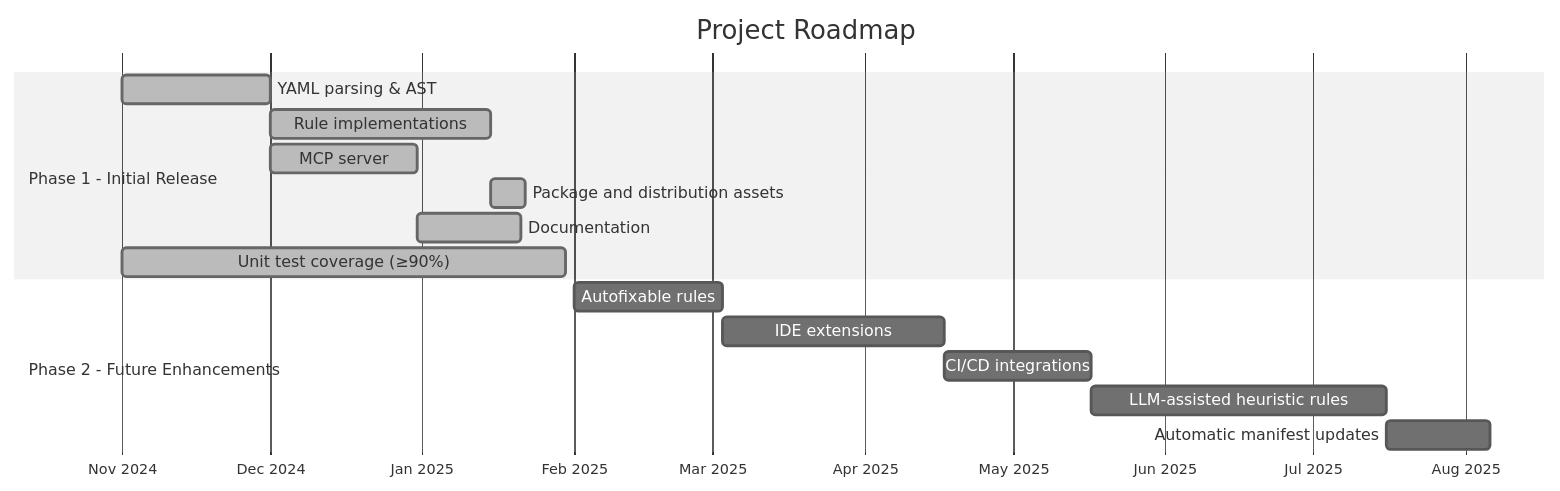
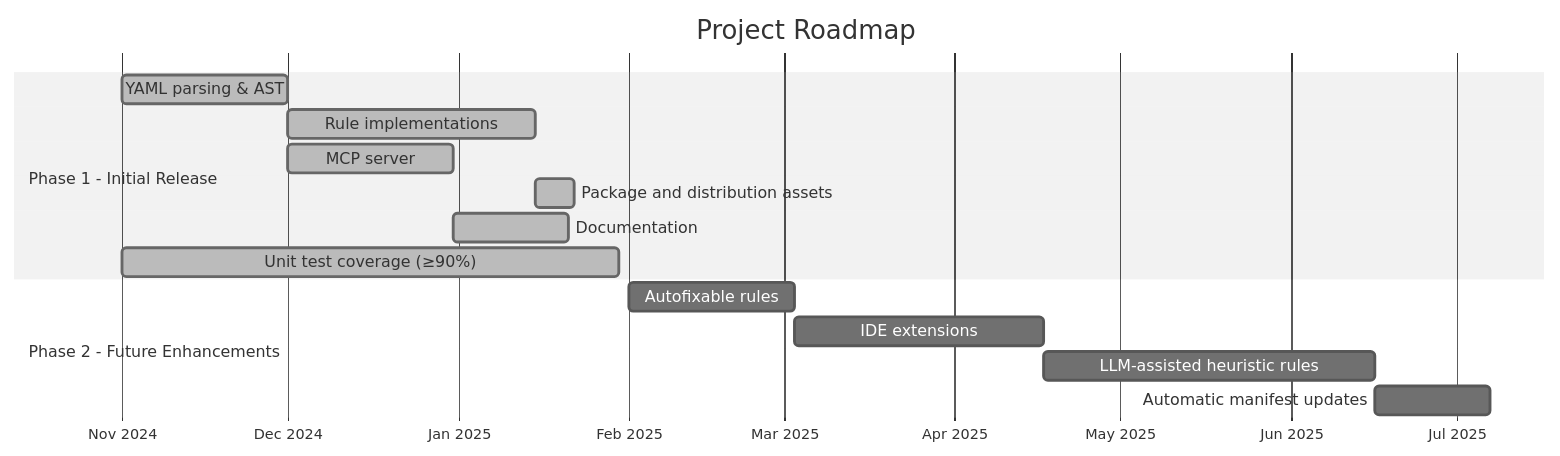
Before and after one commit to ruijarimba/azure-pipelines-guidelines-ai-mcp: the diagram in docs/vision.md, drawn with Mermaid (neutral theme). The commit also changed other lines of this file and 2 other files, not shown here.

````diff
--- a/docs/vision.md
+++ b/docs/vision.md
@@ -20,21 +20,20 @@
 ```mermaid
 gantt
     title Project Roadmap
     dateFormat  YYYY-MM-DD
     axisFormat  %b %Y
 
     section Phase 1 - Initial Release
     YAML parsing & AST                :done, p1-parse, 2024-11-01, 30d
     Rule implementations              :done, p1-rules, after p1-parse, 45d
     MCP server                        :done, p1-mcp, after p1-parse, 30d
     Package and distribution assets   :done, p1-dist, after p1-rules, 7d
     Documentation                     :done, p1-docs, after p1-mcp, 21d
     Unit test coverage (≥90%)         :done, p1-tests, 2024-11-01, 90d
 
     section Phase 2 - Future Enhancements
     Autofixable rules                 :p2-autofix, 2025-02-01, 30d
     IDE extensions                    :p2-ide, after p2-autofix, 45d
-    CI/CD integrations                :p2-cicd, after p2-ide, 30d
-    LLM-assisted heuristic rules      :p2-llm, after p2-cicd, 60d
+    LLM-assisted heuristic rules      :p2-llm, after p2-ide, 60d
     Automatic manifest updates        :p2-manifest, after p2-llm, 21d
 ```
````
